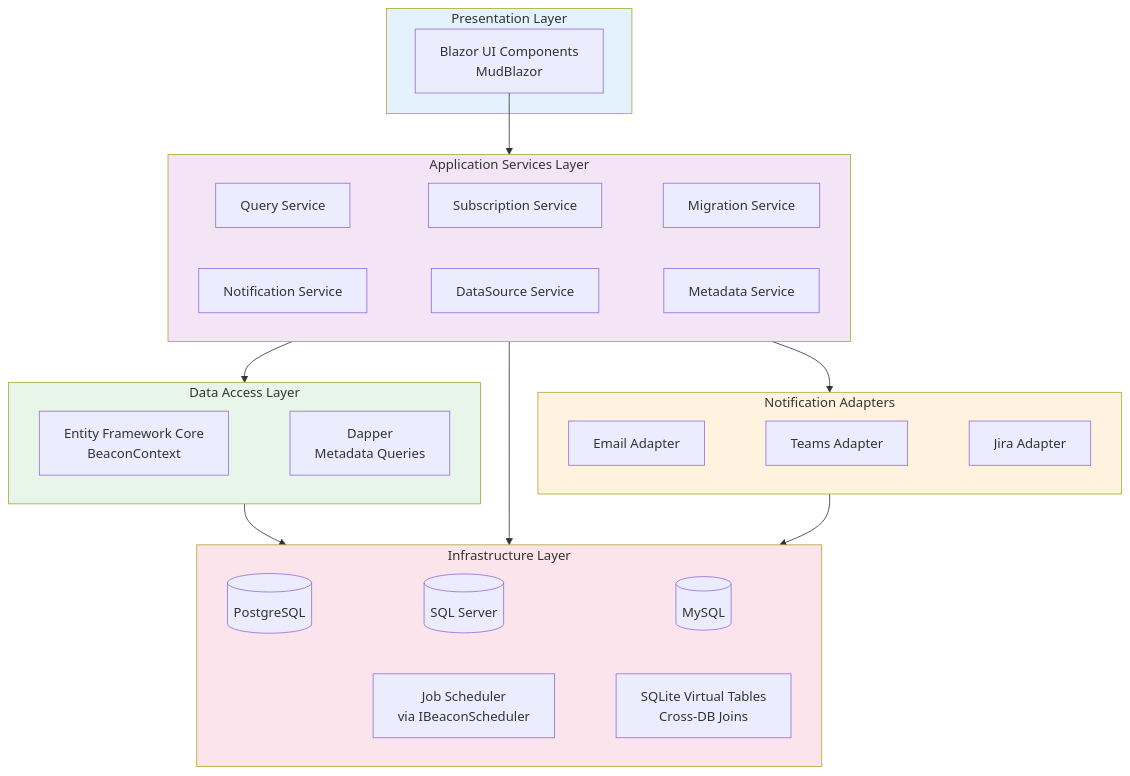
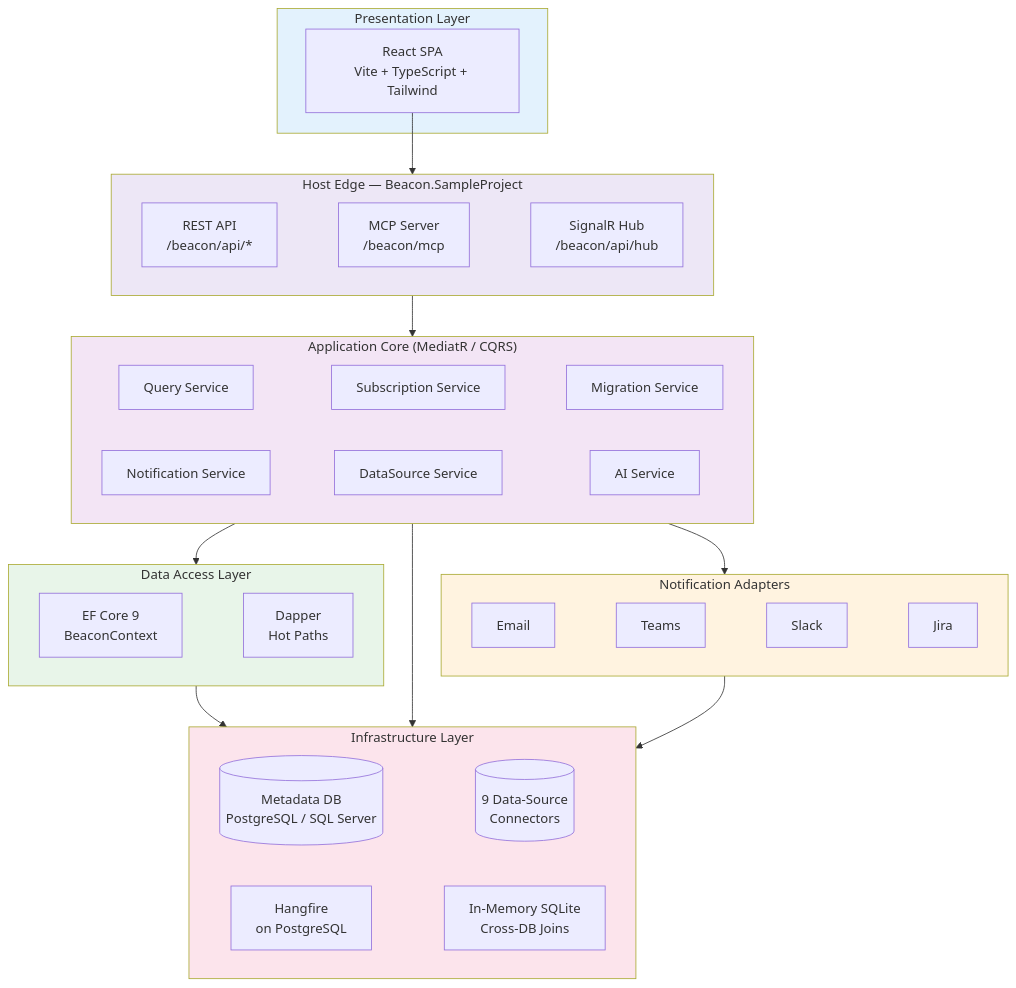
One commit to moberghr/beacon changed the first of 3 diagrams in docs/index.md. Above: the diagram before and after it, drawn with Mermaid. The commit also changed other lines of this file and 22 other files, not shown here.

````diff
--- a/docs/index.md
+++ b/docs/index.md
@@ -38,37 +44,43 @@
 ```mermaid
 graph TB
     subgraph UI["Presentation Layer"]
-        BlazorUI[Blazor UI Components<br/>MudBlazor]
+        React[React SPA<br/>Vite + TypeScript + Tailwind]
     end
 
-    subgraph Core["Application Services Layer"]
+    subgraph Edge["Host Edge — Beacon.SampleProject"]
+        RestApi[REST API<br/>/beacon/api/*] ~~~ Mcp[MCP Server<br/>/beacon/mcp] ~~~ Hub[SignalR Hub<br/>/beacon/api/hub]
+    end
+
+    subgraph Core["Application Core (MediatR / CQRS)"]
         QuerySvc[Query Service] ~~~ SubSvc[Subscription Service] ~~~ MigSvc[Migration Service]
-        NotifSvc[Notification Service] ~~~ DataSrcSvc[DataSource Service] ~~~ MetaSvc[Metadata Service]
+        NotifSvc[Notification Service] ~~~ DataSrcSvc[DataSource Service] ~~~ AiSvc[AI Service]
     end
 
     subgraph Adapters["Notification Adapters"]
-        EmailAdapter[Email Adapter] ~~~ TeamsAdapter[Teams Adapter] ~~~ JiraAdapter[Jira Adapter]
+        EmailAdapter[Email] ~~~ TeamsAdapter[Teams] ~~~ SlackAdapter[Slack] ~~~ JiraAdapter[Jira]
     end
 
     subgraph Data["Data Access Layer"]
-        EFCore[Entity Framework Core<br/>BeaconContext] ~~~ Dapper[Dapper<br/>Metadata Queries]
+        EFCore[EF Core 9<br/>BeaconContext] ~~~ Dapper[Dapper<br/>Hot Paths]
     end
 
     subgraph Infrastructure["Infrastructure Layer"]
-        PgSQL[(PostgreSQL)] ~~~ MSSQL[(SQL Server)] ~~~ MySQL[(MySQL)]
-        Scheduler[Job Scheduler<br/>via IBeaconScheduler] ~~~ SQLiteVM[SQLite Virtual Tables<br/>Cross-DB Joins]
+        Meta[(Metadata DB<br/>PostgreSQL / SQL Server)] ~~~ Sources[(9 Data-Source<br/>Connectors)]
+        Scheduler[Hangfire<br/>on PostgreSQL] ~~~ SQLiteVM[In-Memory SQLite<br/>Cross-DB Joins]
     end
 
-    BlazorUI --> Core
+    React --> Edge
+    Edge --> Core
     Core --> Adapters
     Core --> Data
     Data --> Infrastructure
     Core --> Infrastructure
     Adapters --> Infrastructure
 
     style UI fill:#e3f2fd
+    style Edge fill:#ede7f6
     style Core fill:#f3e5f5
     style Adapters fill:#fff3e0
     style Data fill:#e8f5e9
     style Infrastructure fill:#fce4ec
 ```
````
